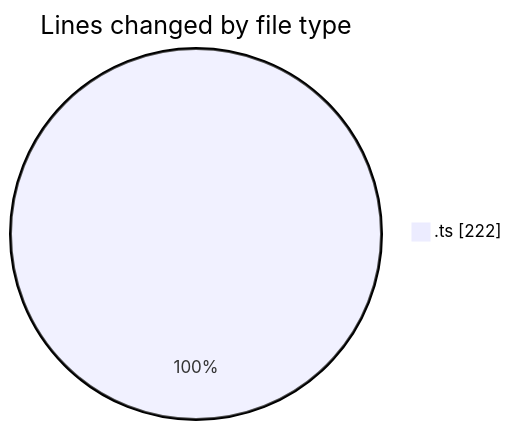
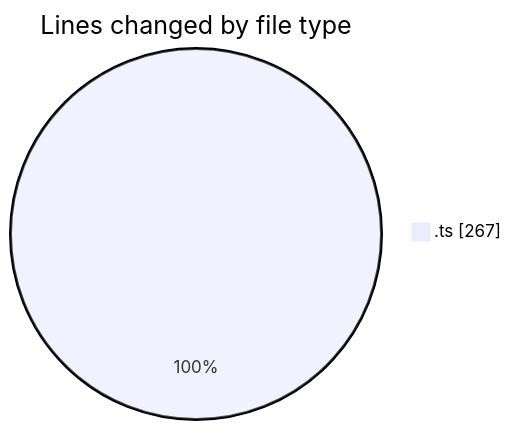
Before and after one commit to tmsrecording-cyber/code-tracking: the first of 2 diagrams in 2026-02-07/singularitybrainai/README.md, drawn with Mermaid. The commit also changed other lines of this file and 1 other file, not shown here.

````diff
--- a/2026-02-07/singularitybrainai/README.md
+++ b/2026-02-07/singularitybrainai/README.md
@@ -21,5 +21,5 @@
 ```mermaid
 pie showData
 title Lines changed by file type
-".ts" : 222
+".ts" : 267
 ```
````
